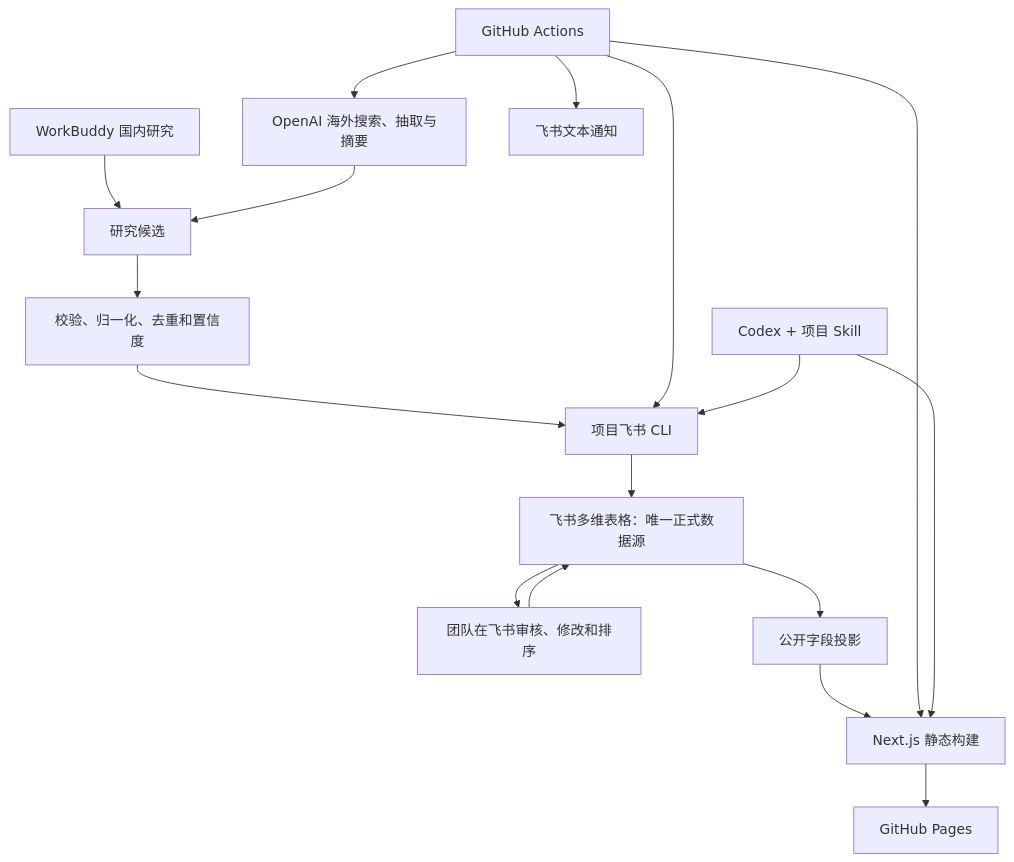
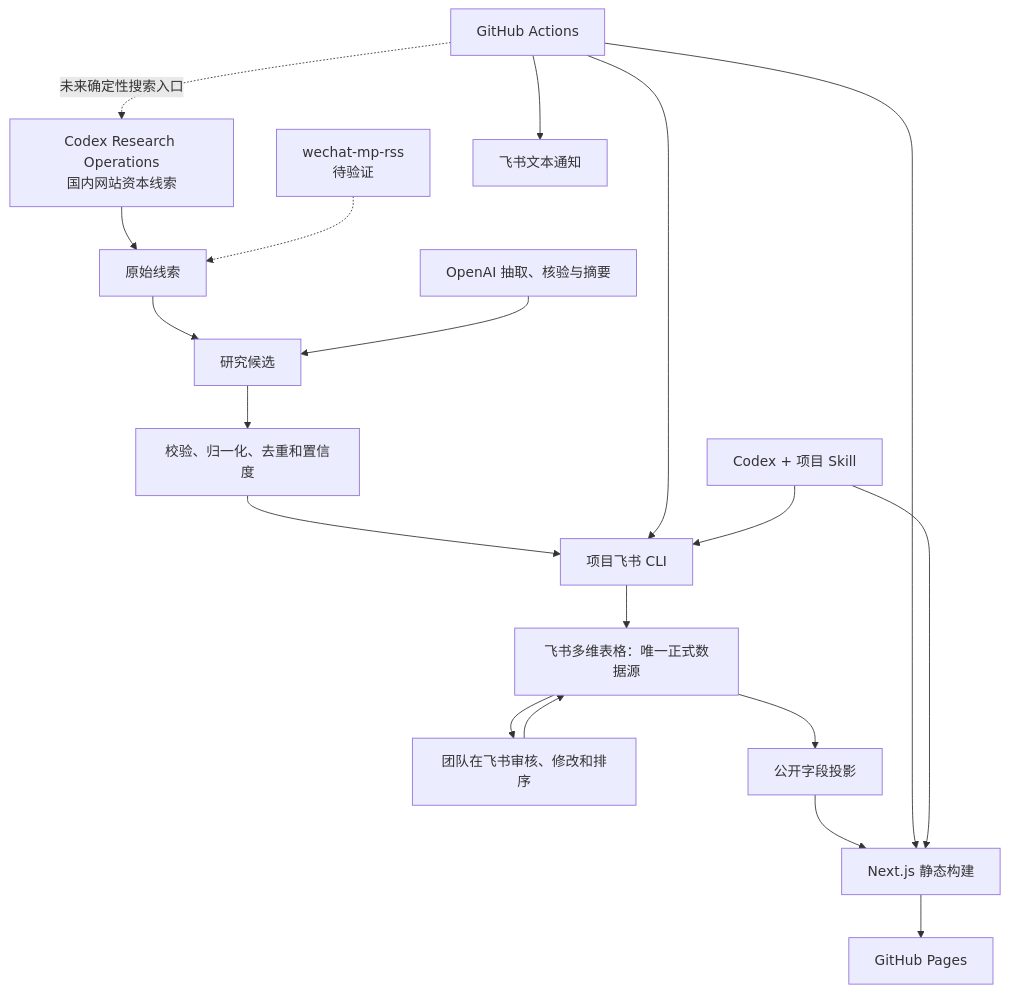
Before and after one commit to AuroraLiu67/embodied-news: the diagram in TECH-STACK.md, drawn with Mermaid. The commit also changed other lines of this file and 32 other files, not shown here.

Commit message:
docs: update research operations baseline

````diff
--- a/TECH-STACK.md
+++ b/TECH-STACK.md
@@ -47,19 +49,21 @@
 ```mermaid
 flowchart TB
-    WB["WorkBuddy 国内研究"] --> Candidate["研究候选"]
-    OpenAI["OpenAI 海外搜索、抽取与摘要"] --> Candidate
+    Research["Codex Research Operations<br/>国内网站资本线索"] --> Lead["原始线索"]
+    RSS["wechat-mp-rss<br/>待验证"] -.-> Lead
+    Lead --> Candidate["研究候选"]
+    OpenAI["OpenAI 抽取、核验与摘要"] --> Candidate
     Candidate --> Core["校验、归一化、去重和置信度"]
     Core --> CLI["项目飞书 CLI"]
     CLI --> Base["飞书多维表格：唯一正式数据源"]
     Base --> Review["团队在飞书审核、修改和排序"]
     Review --> Base
     Base --> Public["公开字段投影"]
     Public --> Build["Next.js 静态构建"]
     Build --> Pages["GitHub Pages"]
-    Actions["GitHub Actions"] --> OpenAI
+    Actions["GitHub Actions"] -.未来确定性搜索入口.-> Research
     Actions --> CLI
     Actions --> Build
     Actions --> Notify["飞书文本通知"]
     Codex["Codex + 项目 Skill"] --> CLI
     Codex --> Build
 ```
````
